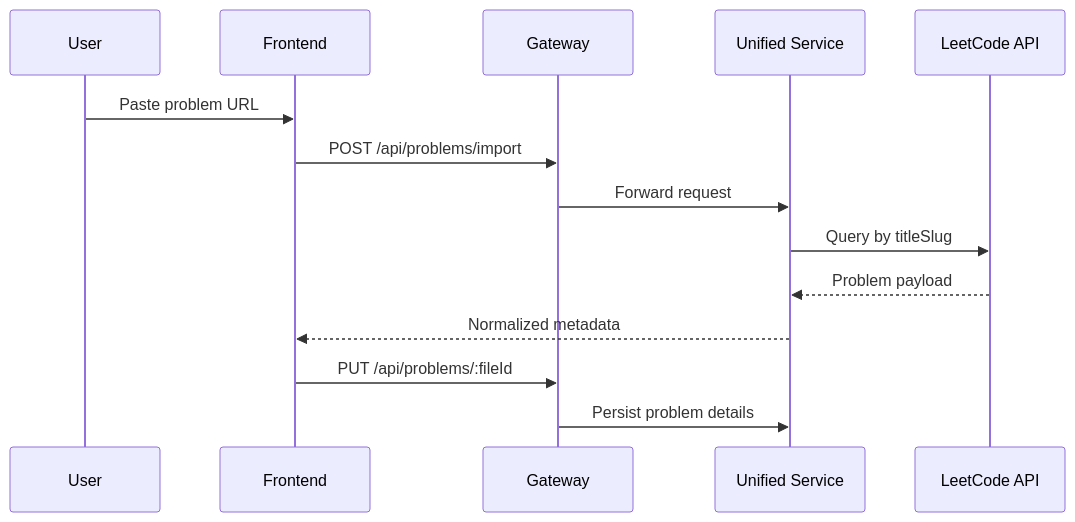
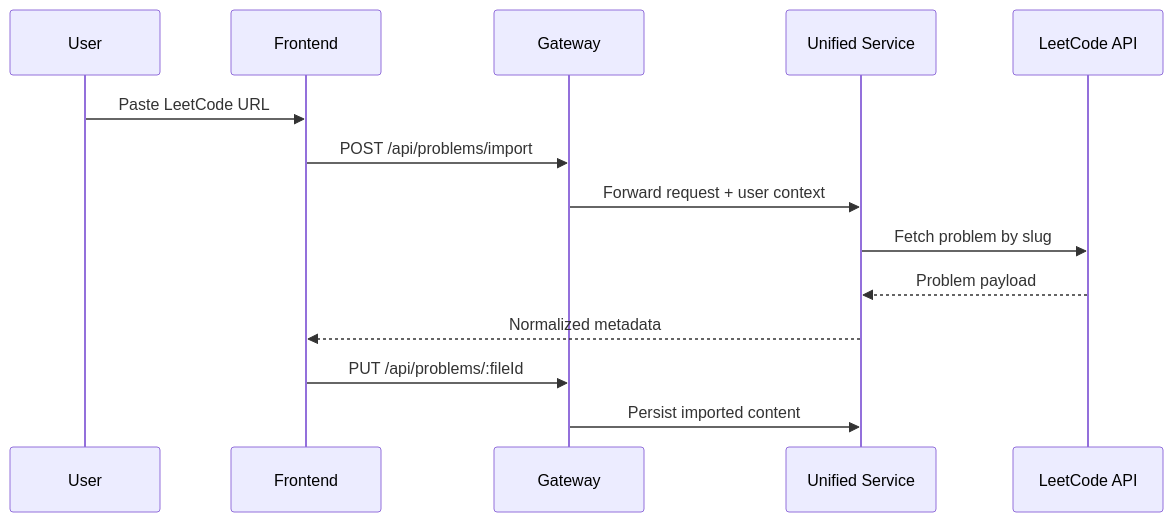
The third of 5 diagrams in README.md (nitishkumarkushwaha21/new-demo-repo), drawn with Mermaid before and after one commit. The commit also changed other lines of this file, not shown here.

Commit message:
docs: revamp README with product overview and architecture diagrams

````diff
--- a/README.md
+++ b/README.md
@@ -108,17 +129,17 @@
 ```mermaid
 sequenceDiagram
     participant U as User
     participant FE as Frontend
     participant GW as Gateway
     participant US as Unified Service
     participant LC as LeetCode API
 
-    U->>FE: Paste problem URL
+    U->>FE: Paste LeetCode URL
     FE->>GW: POST /api/problems/import
-    GW->>US: Forward request
-    US->>LC: Query by titleSlug
+    GW->>US: Forward request + user context
+    US->>LC: Fetch problem by slug
     LC-->>US: Problem payload
     US-->>FE: Normalized metadata
     FE->>GW: PUT /api/problems/:fileId
-    GW->>US: Persist problem details
+    GW->>US: Persist imported content
 ```
````
